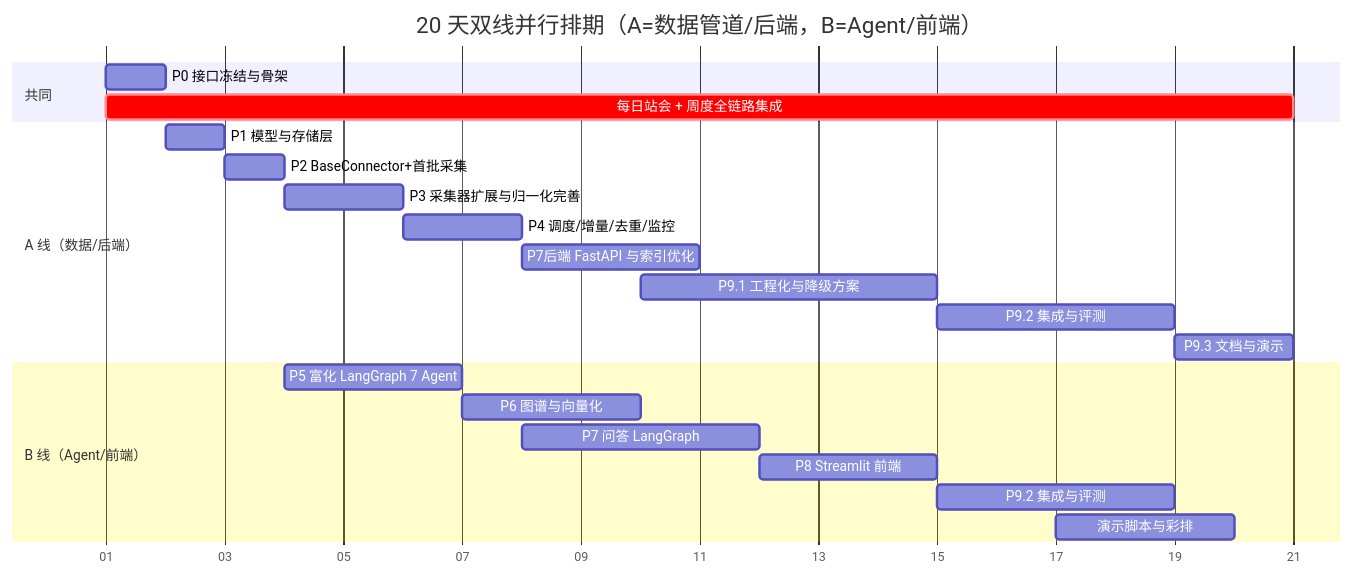
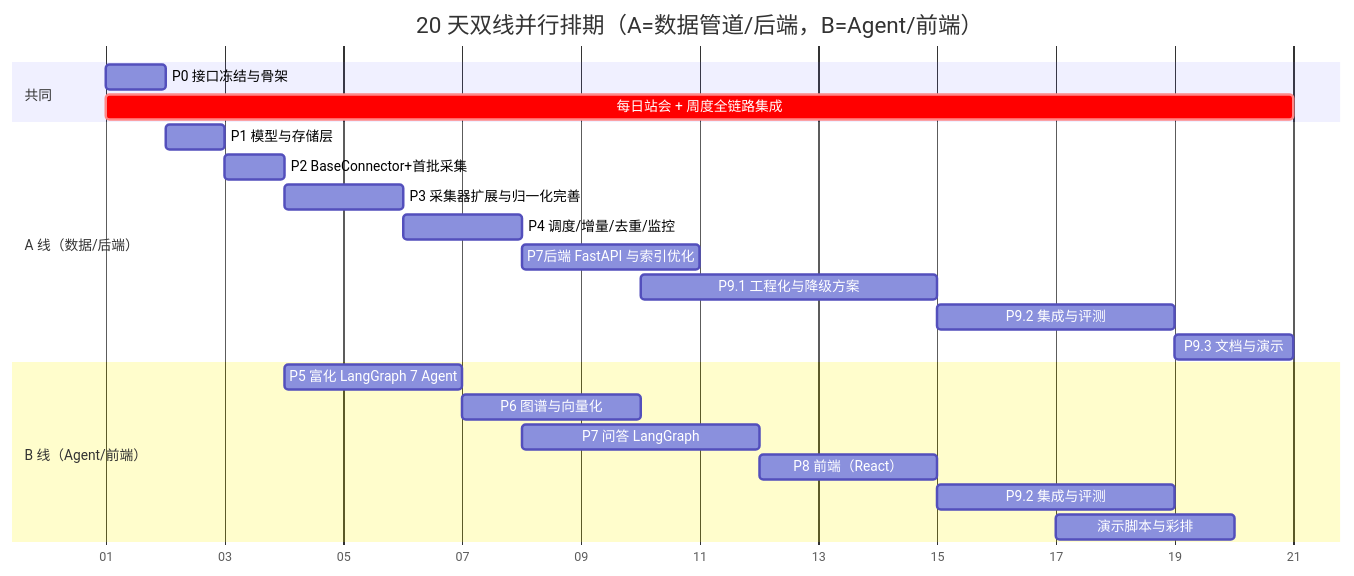
Before and after one commit to MingWang1423/MVP: the second of 2 diagrams in PROJECT_PLAN.md, drawn with Mermaid. The commit also changed other lines of this file and 31 other files, not shown here.

Commit message:
Day 21: 前端收敛（删除 Streamlit frontend/，全栈统一 frontend-react，compose 5 服务）

````diff
--- a/PROJECT_PLAN.md
+++ b/PROJECT_PLAN.md
@@ -597,25 +593,25 @@
 ```mermaid
 gantt
     title 20 天双线并行排期（A=数据管道/后端，B=Agent/前端）
     dateFormat D
     axisFormat %d
     section 共同
     P0 接口冻结与骨架            :a0, 1, 1d
     每日站会 + 周度全链路集成     :crit, m1, 1, 20d
     section A 线（数据/后端）
     P1 模型与存储层              :a1, 2, 1d
     P2 BaseConnector+首批采集    :a2, 3, 1d
     P3 采集器扩展与归一化完善     :a3, 4, 2d
     P4 调度/增量/去重/监控        :a4, 6, 2d
     P7后端 FastAPI 与索引优化     :a5, 8, 3d
     P9.1 工程化与降级方案         :a6, 10, 5d
     P9.2 集成与评测              :a7, 15, 4d
     P9.3 文档与演示              :a8, 19, 2d
     section B 线（Agent/前端）
     P5 富化 LangGraph 7 Agent    :b1, 4, 3d
     P6 图谱与向量化              :b2, 7, 3d
     P7 问答 LangGraph            :b3, 8, 4d
-    P8 Streamlit 前端            :b4, 12, 3d
+    P8 前端（React）              :b4, 12, 3d
     P9.2 集成与评测              :b5, 15, 4d
     演示脚本与彩排               :b6, 17, 3d
 ```
````
